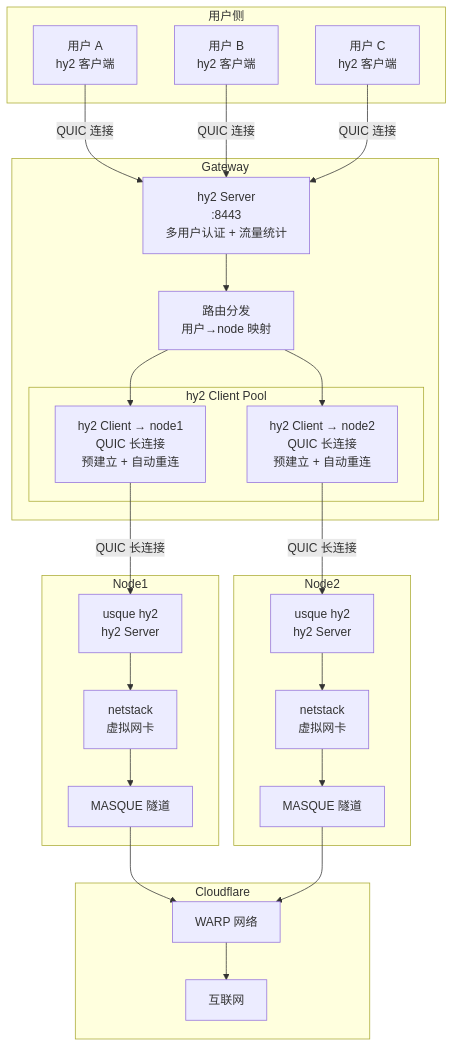
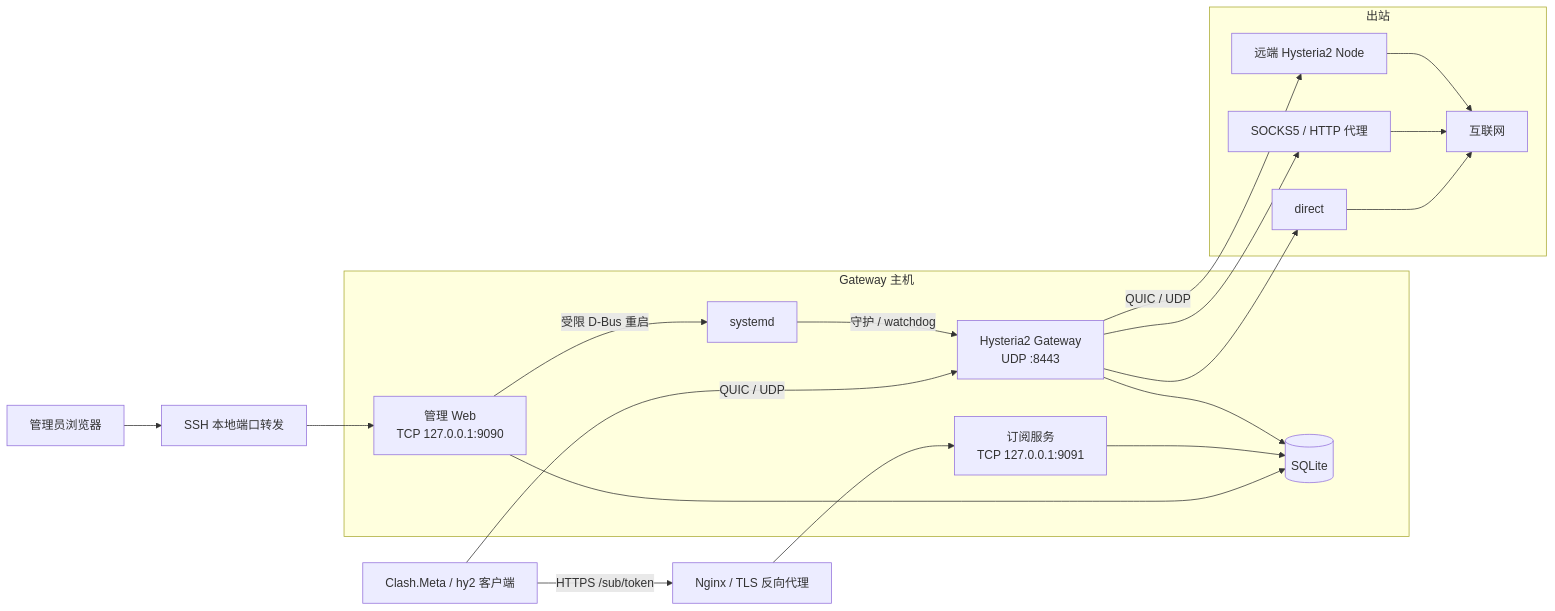
The first of 2 diagrams in docs/ARCHITECTURE.md (clayicarus/proxy-gateway), drawn with Mermaid before and after one commit. The commit also changed other lines of this file and 41 other files, not shown here.

````diff
--- a/docs/ARCHITECTURE.md
+++ b/docs/ARCHITECTURE.md
@@ -12,52 +7,34 @@
 ```mermaid
-graph TB
-    subgraph 用户侧
-        UA[用户 A<br/>hy2 客户端]
-        UB[用户 B<br/>hy2 客户端]
-        UC[用户 C<br/>hy2 客户端]
+flowchart LR
+    C[Clash.Meta / hy2 客户端]
+    A[管理员浏览器]
+    SSH[SSH 本地端口转发]
+    N[Nginx / TLS 反向代理]
+
+    subgraph Gateway 主机
+        G[Hysteria2 Gateway<br/>UDP :8443]
+        W[管理 Web<br/>TCP 127.0.0.1:9090]
+        S[订阅服务<br/>TCP 127.0.0.1:9091]
+        DB[(SQLite)]
+        SD[systemd]
     end
 
-    subgraph Gateway
-        HY2S[hy2 Server<br/>:8443<br/>多用户认证 + 流量统计]
-        subgraph hy2 Client Pool
-            HC1[hy2 Client → node1<br/>QUIC 长连接<br/>预建立 + 自动重连]
-            HC2[hy2 Client → node2<br/>QUIC 长连接<br/>预建立 + 自动重连]
-        end
-        ROUTER[路由分发<br/>用户→node 映射]
+    subgraph 出站
+        D[direct]
+        P[SOCKS5 / HTTP 代理]
+        H[远端 Hysteria2 Node]
+        I[互联网]
     end
 
-    subgraph Node1
-        N1HY2[usque hy2<br/>hy2 Server]
-        N1TUN[netstack<br/>虚拟网卡]
-        N1MASQUE[MASQUE 隧道]
-    end
-
-    subgraph Node2
-        N2HY2[usque hy2<br/>hy2 Server]
-        N2TUN[netstack<br/>虚拟网卡]
-        N2MASQUE[MASQUE 隧道]
-    end
-
-    subgraph Cloudflare
-        CF[WARP 网络]
-        INET[互联网]
-    end
-
-    UA -->|QUIC 连接| HY2S
-    UB -->|QUIC 连接| HY2S
-    UC -->|QUIC 连接| HY2S
-
-    HY2S --> ROUTER
-    ROUTER --> HC1
-    ROUTER --> HC2
-
-    HC1 -->|QUIC 长连接| N1HY2
-    HC2 -->|QUIC 长连接| N2HY2
-
-    N1HY2 --> N1TUN --> N1MASQUE
-    N2HY2 --> N2TUN --> N2MASQUE
-
-    N1MASQUE --> CF
-    N2MASQUE --> CF
-    CF --> INET
+    C -->|QUIC / UDP| G
+    A --> SSH --> W
+    C -->|HTTPS /sub/token| N --> S
+    W --> DB
+    S --> DB
+    G --> DB
+    W -->|受限 D-Bus 重启| SD
+    SD -->|守护 / watchdog| G
+    G --> D --> I
+    G --> P --> I
+    G -->|QUIC / UDP| H --> I
 ```
````
